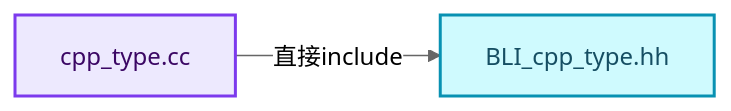
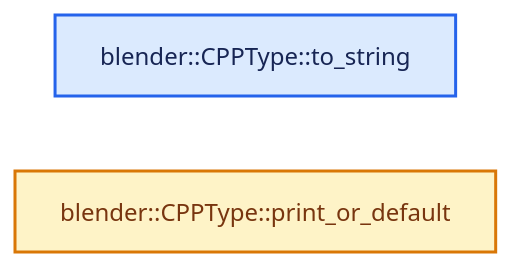
One commit to yunkezengren/blender-.vscode changed the second of 4 diagrams in 杂/markdown/全面学习-codex/03-内存分配与运行时类型/10-运行时到静态类型分派.md. Above: the diagram before and after it, drawn with Mermaid (neutral theme). The commit also changed other lines of this file and 1930 other files, not shown here.

````diff
--- a/杂/markdown/全面学习-codex/03-内存分配与运行时类型/10-运行时到静态类型分派.md
+++ b/杂/markdown/全面学习-codex/03-内存分配与运行时类型/10-运行时到静态类型分派.md
@@ -85,12 +46,11 @@
 ```mermaid
 flowchart LR
-  S["cpp_type.cc"]:::abstraction
-  I0["BLI_cpp_type.hh"]:::data
-  S -->|"直接include"| I0
+  F0["blender::CPPType::to_string"]:::input
+  F1["blender::CPPType::print_or_default"]:::compute
   classDef input fill:#DBEAFE,stroke:#2563EB,color:#172554,stroke-width:2px;
   classDef data fill:#CFFAFE,stroke:#0891B2,color:#164E63,stroke-width:2px;
   classDef abstraction fill:#EDE9FE,stroke:#7C3AED,color:#3B0764,stroke-width:2px;
   classDef compute fill:#FEF3C7,stroke:#D97706,color:#78350F,stroke-width:2px;
   classDef result fill:#DCFCE7,stroke:#16A34A,color:#14532D,stroke-width:2px;
   classDef error fill:#FEE2E2,stroke:#DC2626,color:#7F1D1D,stroke-width:2px;
 ```
````
